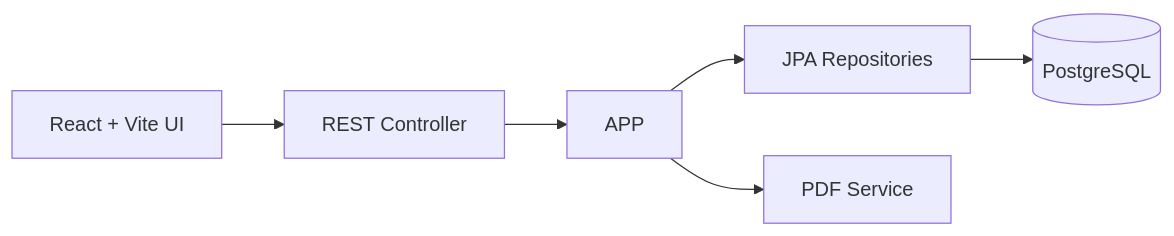
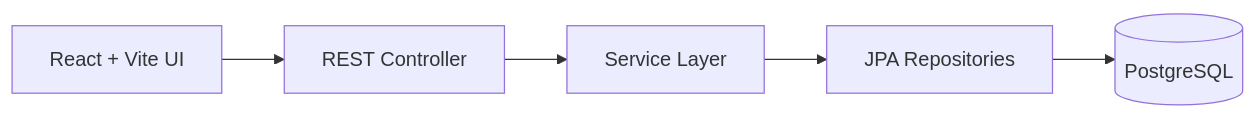
The second of 2 diagrams in REQUIREMENTS.md (lillianxhub/freelance-hub), drawn with Mermaid before and after one commit. The commit also changed other lines of this file and 12 other files, not shown here.

````diff
--- a/REQUIREMENTS.md
+++ b/REQUIREMENTS.md
@@ -380,8 +381,7 @@
 ```mermaid
 flowchart LR
     UI[React + Vite UI] --> API[REST Controller]
-    API --> APP
+    API --> APP[Service Layer]
     APP --> REPO[JPA Repositories]
-    APP --> PDF[PDF Service]
     REPO --> DB[(PostgreSQL)]
 ```
````
